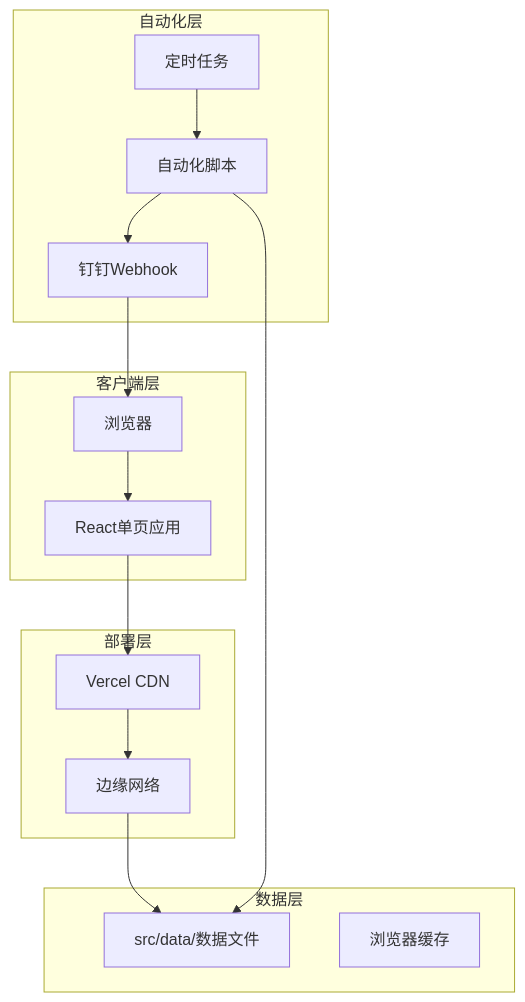
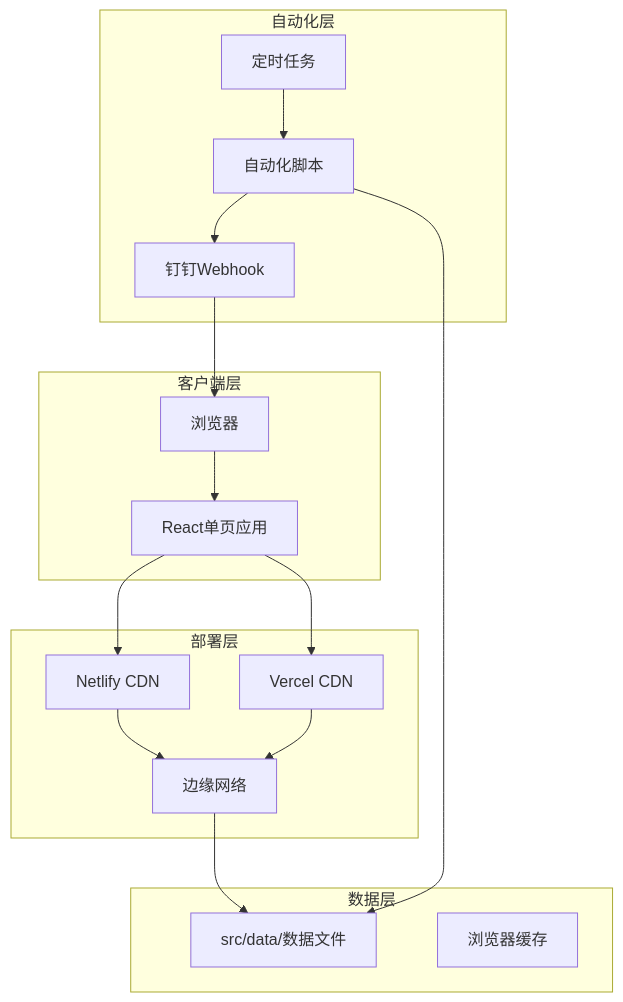
One commit to liangxuanliang-cmd/carbon-info-agent changed the fifth of 9 diagrams in .qoder/repowiki/zh/content/部署与维护/现代化部署配置.md. Above: the diagram before and after it, drawn with Mermaid. The commit also changed other lines of this file and 4 other files, not shown here.

````diff
--- a/.qoder/repowiki/zh/content/部署与维护/现代化部署配置.md
+++ b/.qoder/repowiki/zh/content/部署与维护/现代化部署配置.md
@@ -190,28 +245,31 @@
 ```mermaid
 graph TB
 subgraph "客户端层"
 Browser[浏览器]
 SPA[React单页应用]
 end
 subgraph "部署层"
-CDN[Vercel CDN]
+Netlify[Netlify CDN]
+Vercel[Vercel CDN]
 Edge[边缘网络]
 end
 subgraph "数据层"
 Data[src/data/数据文件]
 Cache[浏览器缓存]
 end
 subgraph "自动化层"
 Cron[定时任务]
 Webhook[钉钉Webhook]
 Script[自动化脚本]
 end
 Browser --> SPA
-SPA --> CDN
-CDN --> Edge
+SPA --> Netlify
+SPA --> Vercel
+Netlify --> Edge
+Vercel --> Edge
 Edge --> Data
 Script --> Data
 Cron --> Script
 Script --> Webhook
 Webhook --> Browser
 ```
````
